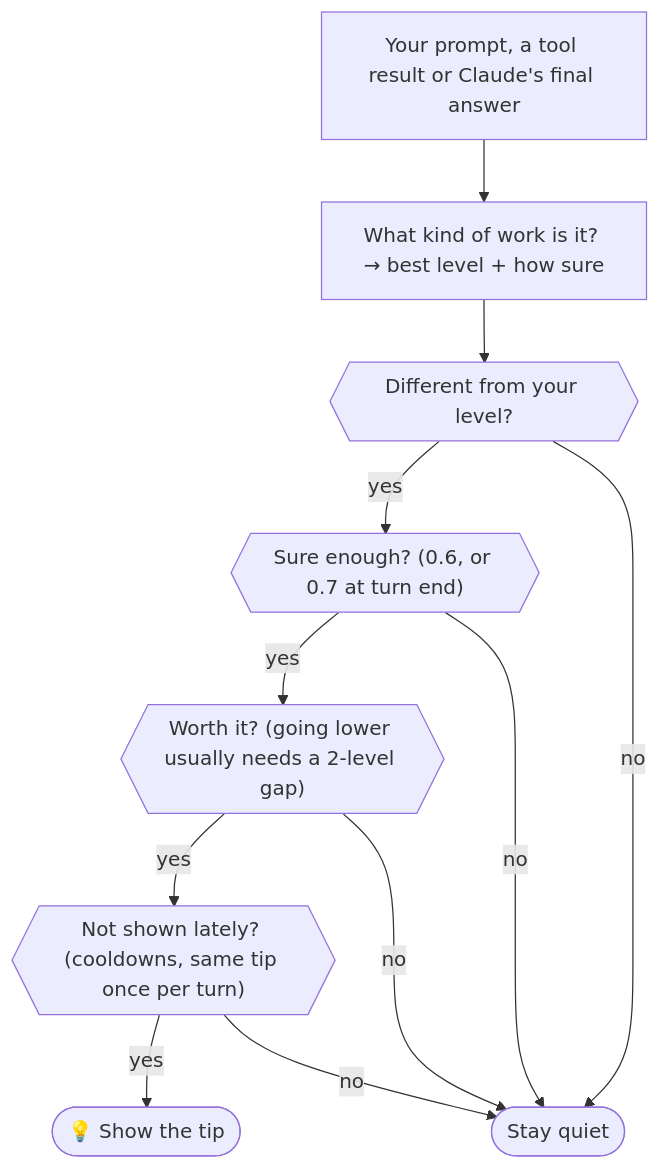
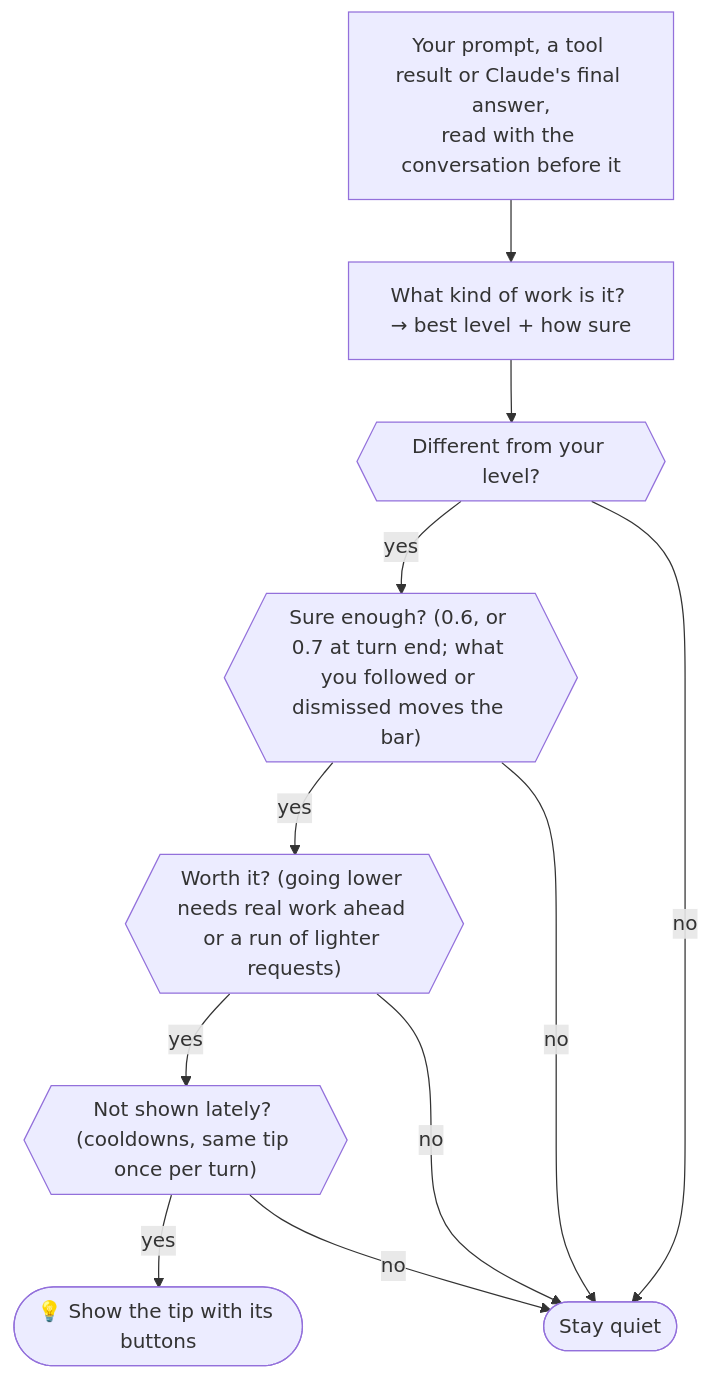
Before and after one commit to rozhrr2/claude-effort-advisor: the second of 2 diagrams in README.md, drawn with Mermaid. The commit also changed other lines of this file and 34 other files, not shown here.

First line of the commit message:
v0.2: Switch and Ultracode buttons, conversation context, stress test

````diff
--- a/README.md
+++ b/README.md
@@ -108,10 +132,10 @@
 ```mermaid
 flowchart TB
-  s["Your prompt, a tool result or Claude's final answer"] --> c["What kind of work is it? → best level + how sure"]
+  s["Your prompt, a tool result or Claude's final answer,<br/>read with the conversation before it"] --> c["What kind of work is it? → best level + how sure"]
   c --> q1{{"Different from your level?"}}
-  q1 -- yes --> q2{{"Sure enough? (0.6, or 0.7 at turn end)"}}
-  q2 -- yes --> q3{{"Worth it? (going lower usually needs a 2-level gap)"}}
+  q1 -- yes --> q2{{"Sure enough? (0.6, or 0.7 at turn end; what you followed or dismissed moves the bar)"}}
+  q2 -- yes --> q3{{"Worth it? (going lower needs real work ahead or a run of lighter requests)"}}
   q3 -- yes --> q4{{"Not shown lately? (cooldowns, same tip once per turn)"}}
-  q4 -- yes --> tip(["💡 Show the tip"])
+  q4 -- yes --> tip(["💡 Show the tip with its buttons"])
   q1 & q2 & q3 & q4 -- no --> quiet(["Stay quiet"])
 ```
````
